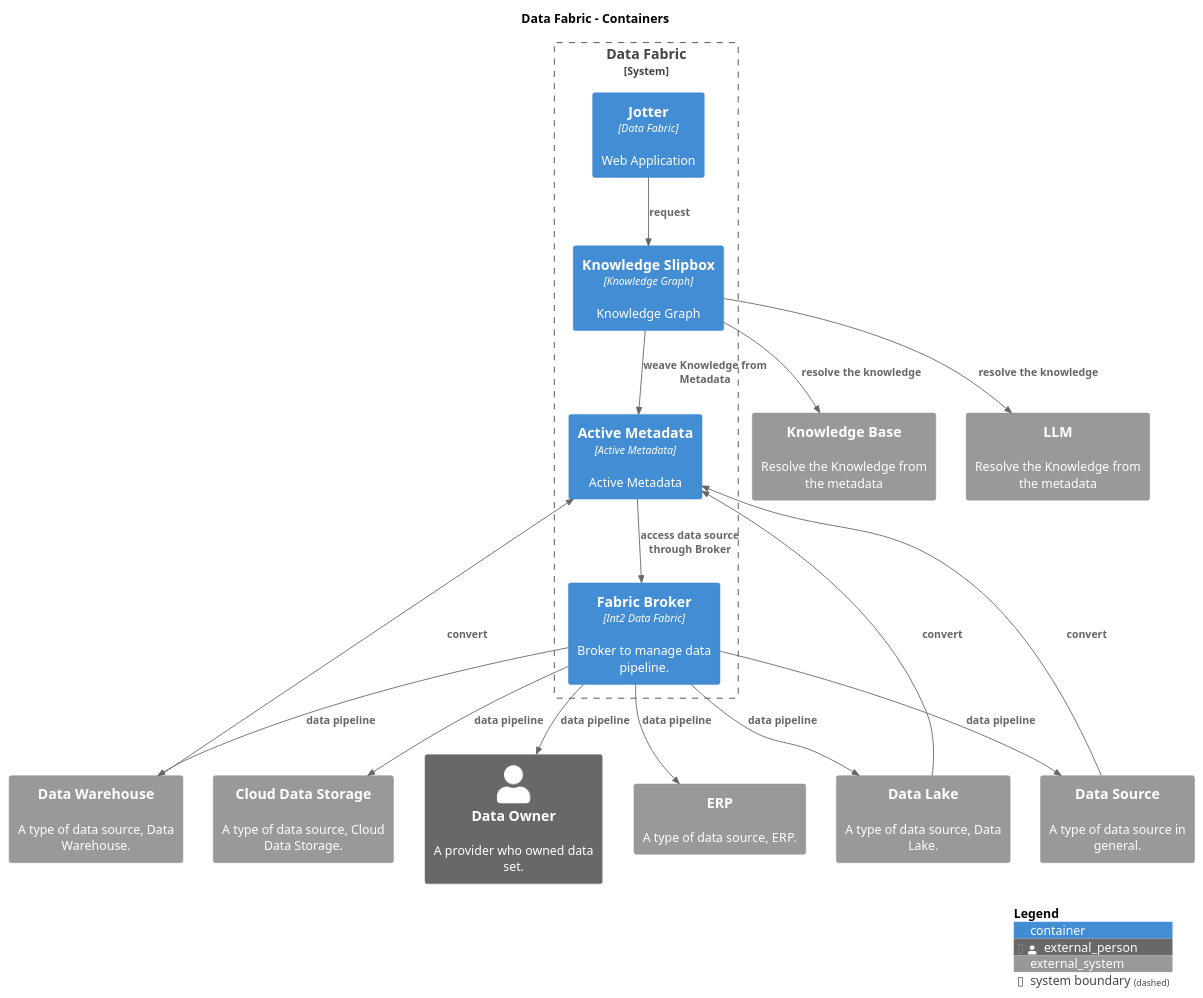
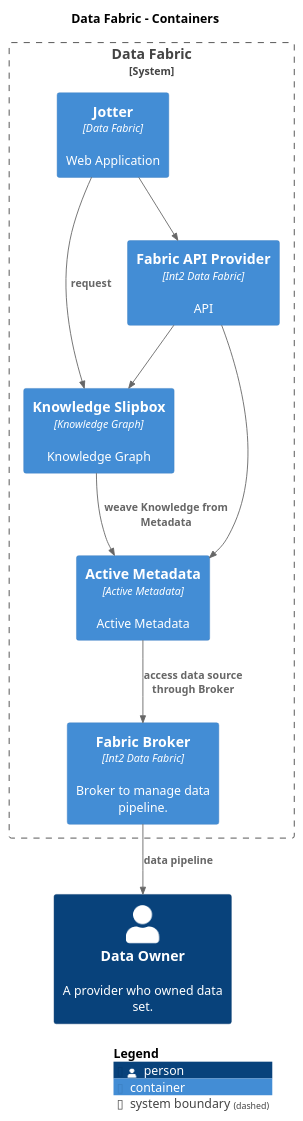
The diagram in puml/Containers-Containers.puml (IntellectusCorp/data-fabric-docs), drawn with PlantUML before and after one commit. The commit also changed 53 other files, not shown here.

Commit message:
Deploying to gh-pages from @ IntellectusCorp/data-fabric-docs@32620bfb9044d909f5563884c3eefdb81d3f7130 🚀

```diff
--- a/puml/Containers-Containers.puml
+++ b/puml/Containers-Containers.puml
@@ -1,45 +1,32 @@
 @startuml
 set separator none
 title Data Fabric - Containers
 
 top to bottom direction
 
 !include <C4/C4>
 !include <C4/C4_Context>
 !include <C4/C4_Container>
 
 skinparam svgDimensionStyle false
 skinparam preserveAspectRatio meet
-Person_Ext(DataOwner, "Data Owner", "A provider who owned data set.", $tags="")
-System_Ext(ERP, "ERP", "A type of data source, ERP.", $tags="")
-System_Ext(DataLake, "Data Lake", "A type of data source, Data Lake.", $tags="")
-System_Ext(DataWarehouse, "Data Warehouse", "A type of data source, Data Warehouse.", $tags="")
-System_Ext(CloudDataStorage, "Cloud Data Storage", "A type of data source, Cloud Data Storage.", $tags="")
-System_Ext(DataSource, "Data Source", "A type of data source in general.", $tags="")
-System_Ext(KnowledgeBase, "Knowledge Base", "Resolve the Knowledge from the metadata", $tags="")
-System_Ext(LLM, "LLM", "Resolve the Knowledge from the metadata", $tags="")
+Person(DataOwner, "Data Owner", "A provider who owned data set.", $tags="")
 
 System_Boundary("DataFabric_boundary", "Data Fabric", $tags="") {
   Container(DataFabric.Jotter, "Jotter", "Data Fabric", "Web Application", $tags="")
   Container(DataFabric.KnowledgeSlipbox, "Knowledge Slipbox", "Knowledge Graph", "Knowledge Graph", $tags="")[[../component/]]
   Container(DataFabric.ActiveMetadata, "Active Metadata", "Active Metadata", "Active Metadata", $tags="")[[../component/]]
   Container(DataFabric.FabricBroker, "Fabric Broker", "Int2 Data Fabric", "Broker to manage data pipeline.", $tags="")
+  Container(DataFabric.FabricAPIProvider, "Fabric API Provider", "Int2 Data Fabric", "API", $tags="")
 }
 
+Rel_D(DataFabric.KnowledgeSlipbox, DataFabric.ActiveMetadata, "weave Knowledge from Metadata", $tags="")
+Rel_D(DataFabric.FabricBroker, DataOwner, "data pipeline", $tags="")
+Rel_D(DataFabric.ActiveMetadata, DataFabric.FabricBroker, "access data source through Broker", $tags="")
+Rel_D(DataFabric.FabricAPIProvider, DataFabric.KnowledgeSlipbox, "", $tags="")
+Rel_D(DataFabric.FabricAPIProvider, DataFabric.ActiveMetadata, "", $tags="")
 Rel_D(DataFabric.Jotter, DataFabric.KnowledgeSlipbox, "request", $tags="")
-Rel_D(DataFabric.KnowledgeSlipbox, DataFabric.ActiveMetadata, "weave Knowledge from Metadata", $tags="")
-Rel_D(DataFabric.KnowledgeSlipbox, KnowledgeBase, "resolve the knowledge", $tags="")
-Rel_D(DataFabric.KnowledgeSlipbox, LLM, "resolve the knowledge", $tags="")
-Rel_D(DataFabric.FabricBroker, DataOwner, "data pipeline", $tags="")
-Rel_D(DataFabric.FabricBroker, ERP, "data pipeline", $tags="")
-Rel_D(DataFabric.FabricBroker, DataLake, "data pipeline", $tags="")
-Rel_D(DataFabric.FabricBroker, DataWarehouse, "data pipeline", $tags="")
-Rel_D(DataFabric.FabricBroker, CloudDataStorage, "data pipeline", $tags="")
-Rel_D(DataFabric.FabricBroker, DataSource, "data pipeline", $tags="")
-Rel_D(DataFabric.ActiveMetadata, DataFabric.FabricBroker, "access data source through Broker", $tags="")
-Rel_D(DataLake, DataFabric.ActiveMetadata, "convert", $tags="")
-Rel_D(DataWarehouse, DataFabric.ActiveMetadata, "convert", $tags="")
-Rel_D(DataSource, DataFabric.ActiveMetadata, "convert", $tags="")
+Rel_D(DataFabric.Jotter, DataFabric.FabricAPIProvider, "", $tags="")
 
 SHOW_LEGEND(true)
 @enduml
```
